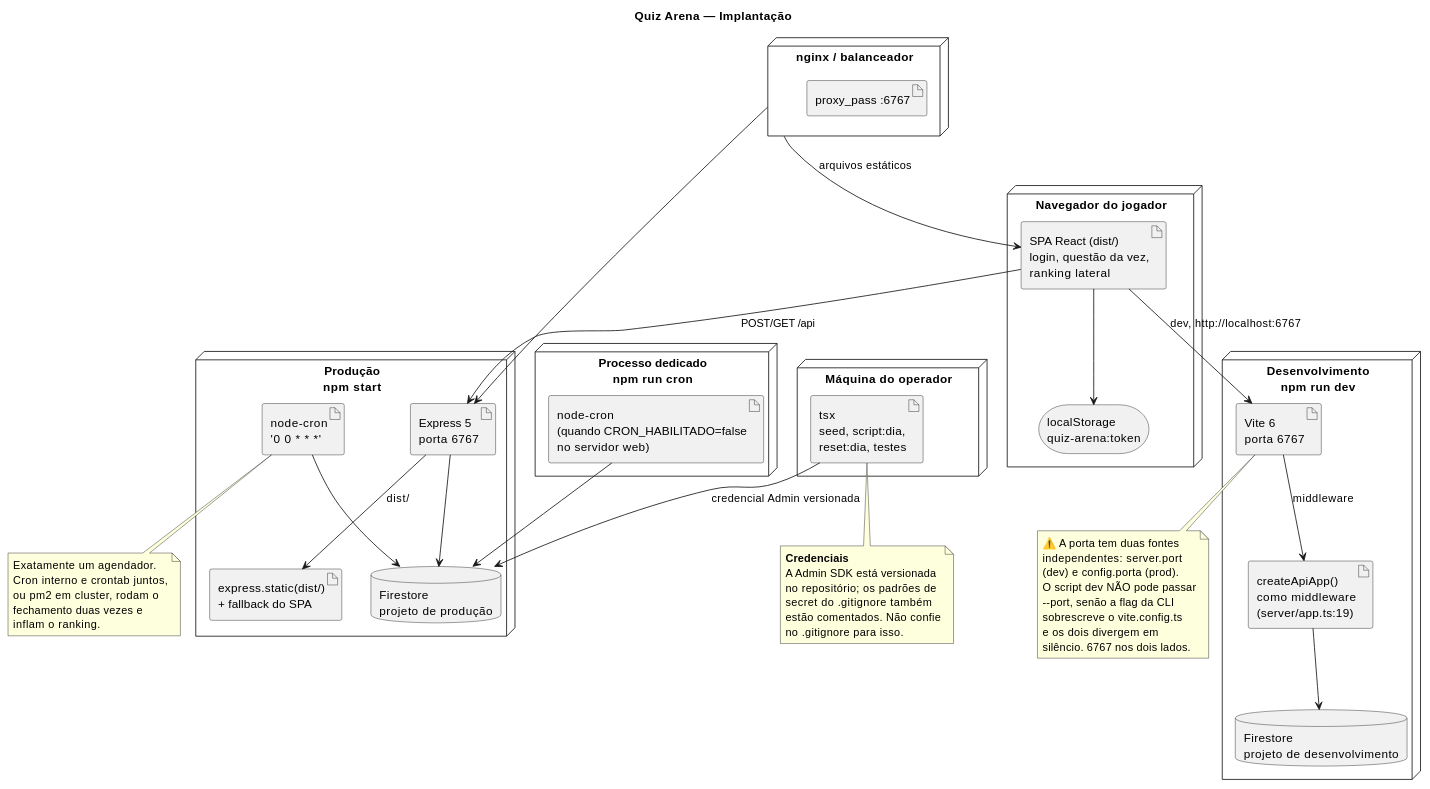
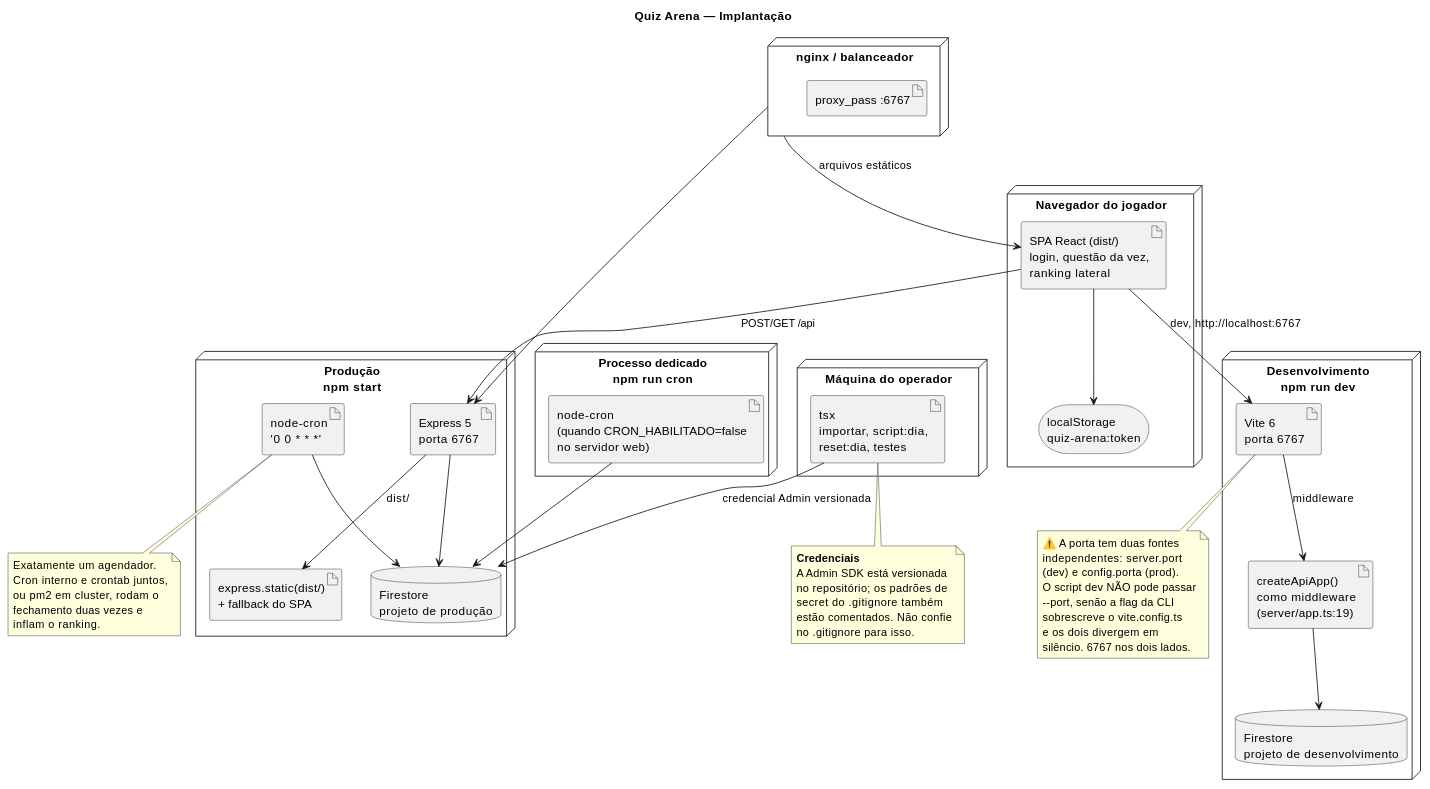
Diagram 15 of 15 in Quiz Arena — UML.md (hashfall/quizarena), drawn with PlantUML before and after one commit. The commit also changed other lines of this file and 11 other files, not shown here.

````diff
--- a/Quiz Arena — UML.md
+++ b/Quiz Arena — UML.md
@@ -1548,80 +1544,80 @@
 ```plantuml
 @startuml
 title Quiz Arena — Implantação
 skinparam shadowing false
 skinparam packageStyle rectangle
 
 node "Navegador do jogador" as NAV {
   artifact "SPA React (dist/)\nlogin, questão da vez,\nranking lateral" as SPA
   storage "localStorage\nquiz-arena:token" as LS
 }
 
 node "Desenvolvimento\nnpm run dev" as DEV {
   artifact "Vite 6\nporta 6767" as VITE
   artifact "createApiApp()\ncomo middleware\n(server/app.ts:19)" as MIDDEV
   database "Firestore\nprojeto de desenvolvimento" as FSDEV
 }
 
 node "Produção\nnpm start" as PROD {
   artifact "Express 5\nporta 6767" as EXPR
   artifact "express.static(dist/)\n+ fallback do SPA" as STATIC
   artifact "node-cron\n'0 0 * * *'" as CRON
   database "Firestore\nprojeto de produção" as FSPROD
 }
 
 node "Processo dedicado\nnpm run cron" as CRONPROC {
   artifact "node-cron\n(quando CRON_HABILITADO=false\nno servidor web)" as CRONONLY
 }
 
 node "Máquina do operador" as OPS {
-  artifact "tsx\nseed, script:dia,\nreset:dia, testes" as CLI
+  artifact "tsx\nimportar, script:dia,\nreset:dia, testes" as CLI
 }
 
 node "nginx / balanceador" as LB {
   artifact "proxy_pass :6767" as NGINX
 }
 
 SPA --> VITE : dev, http://localhost:6767
 VITE --> MIDDEV : middleware
 MIDDEV --> FSDEV
 
 LB --> SPA : arquivos estáticos
 LB --> EXPR
 SPA --> EXPR : POST/GET /api
 EXPR --> STATIC : dist/
 EXPR --> FSPROD
 CRON --> FSPROD
 CRONONLY --> FSPROD
 SPA --> LS
 CLI --> FSPROD : "credencial Admin versionada"
 
 note bottom of VITE
   ⚠️ A porta tem duas fontes
   independentes: server.port
   (dev) e config.porta (prod).
   O script dev NÃO pode passar
   --port, senão a flag da CLI
   sobrescreve o vite.config.ts
   e os dois divergem em
   silêncio. 6767 nos dois lados.
 end note
 
 note bottom of CRON
   Exatamente um agendador.
   Cron interno e crontab juntos,
   ou pm2 em cluster, rodam o
   fechamento duas vezes e
   inflam o ranking.
 end note
 
 note bottom of CLI
   <b>Credenciais</b>
   A Admin SDK está versionada
   no repositório; os padrões de
   secret do .gitignore também
   estão comentados. Não confie
   no .gitignore para isso.
 end note
 
 @enduml
 ```
````
